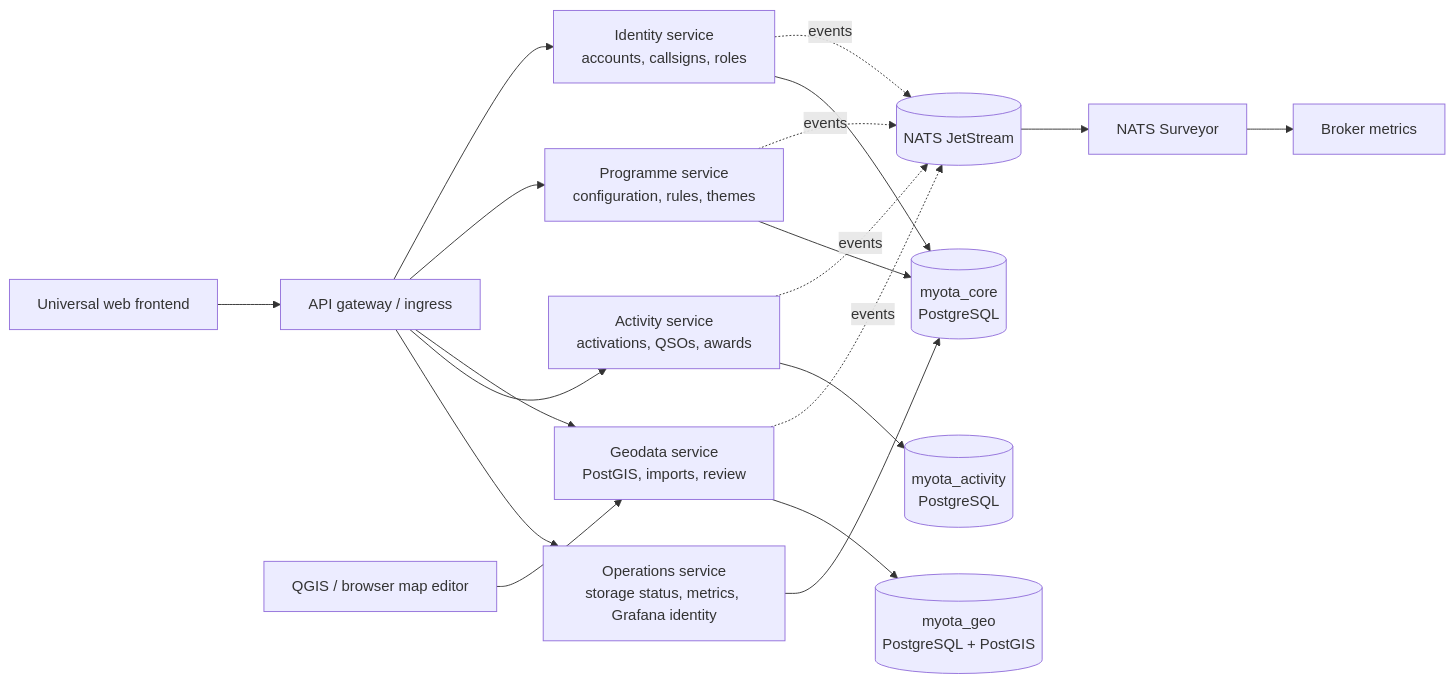
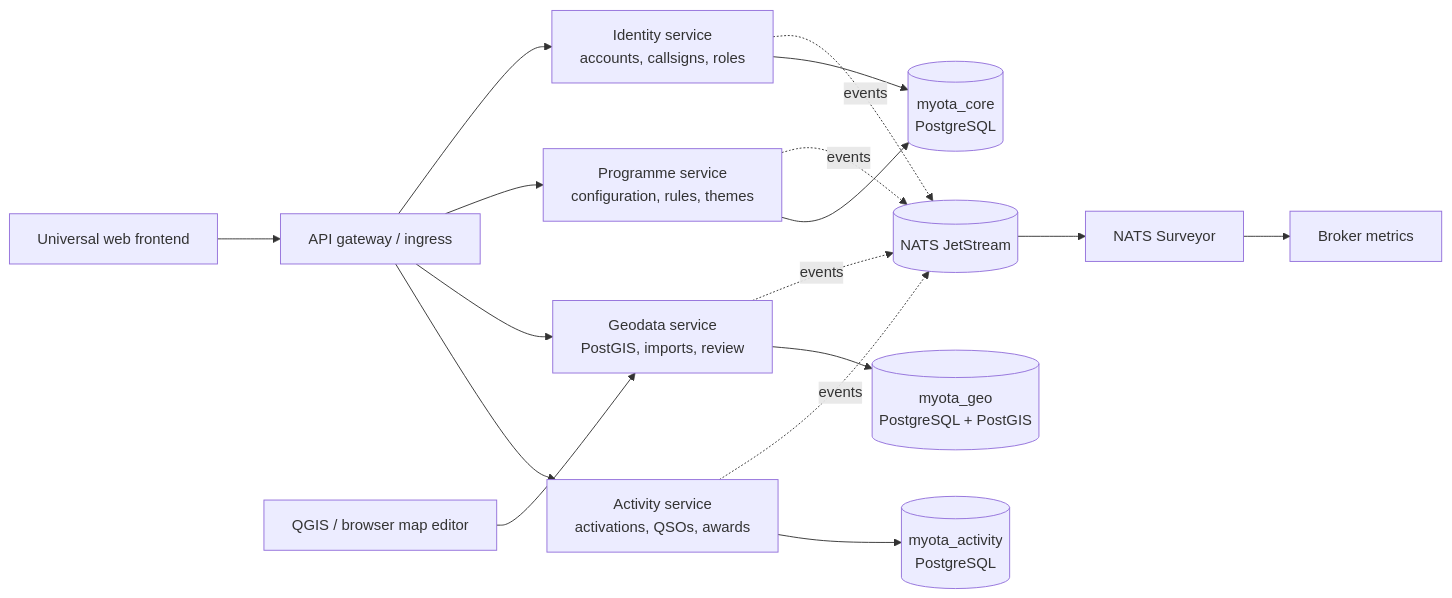
The first of 3 diagrams in docs/architecture/overview.md (myota-platform/myota-docs), drawn with Mermaid before and after one commit. The commit also changed other lines of this file and 16 other files, not shown here.

````diff
--- a/docs/architecture/overview.md
+++ b/docs/architecture/overview.md
@@ -29,21 +29,19 @@
 ```mermaid
 flowchart LR
   UI[Universal web frontend] --> G[API gateway / ingress]
   G --> I[Identity service\naccounts, callsigns, roles]
   G --> P[Programme service\nconfiguration, rules, themes]
   G --> Geo[Geodata service\nPostGIS, imports, review]
   G --> A[Activity service\nactivations, QSOs, awards]
-  G --> Ops[Operations service\nstorage status, metrics, Grafana identity]
   I -. events .-> Bus[(NATS JetStream)]
   P -. events .-> Bus
   Geo -. events .-> Bus
   A -. events .-> Bus
   Bus --> Surveyor[NATS Surveyor]
   Surveyor --> Prometheus[Broker metrics]
   I --> C[(myota_core\nPostgreSQL)]
   P --> C
-  Ops --> C
   A --> ADB[(myota_activity\nPostgreSQL)]
   Geo --> D[(myota_geo\nPostgreSQL + PostGIS)]
   Admin[QGIS / browser map editor] --> Geo
 ```
````
